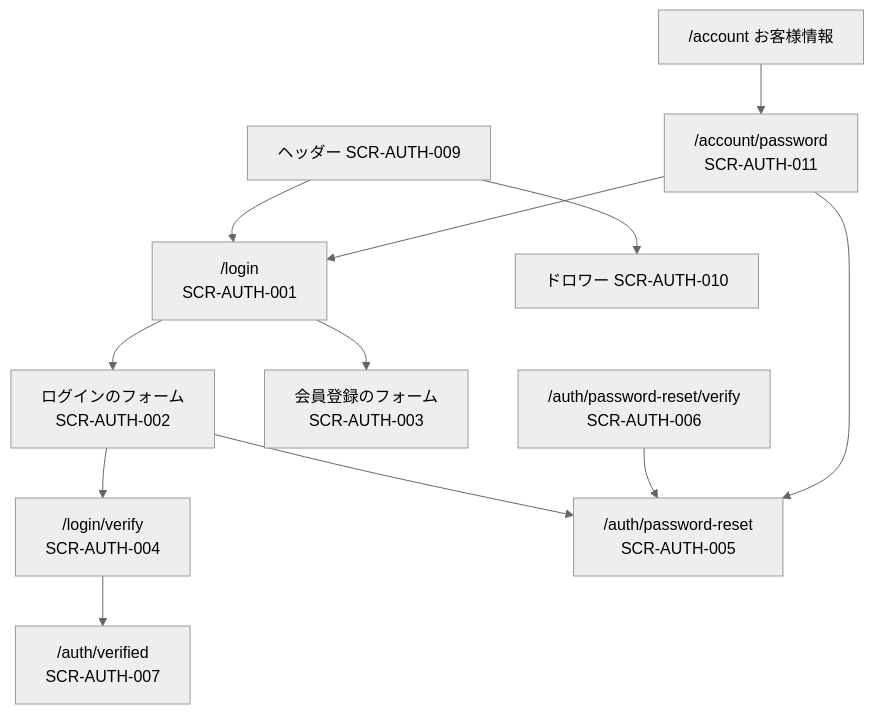
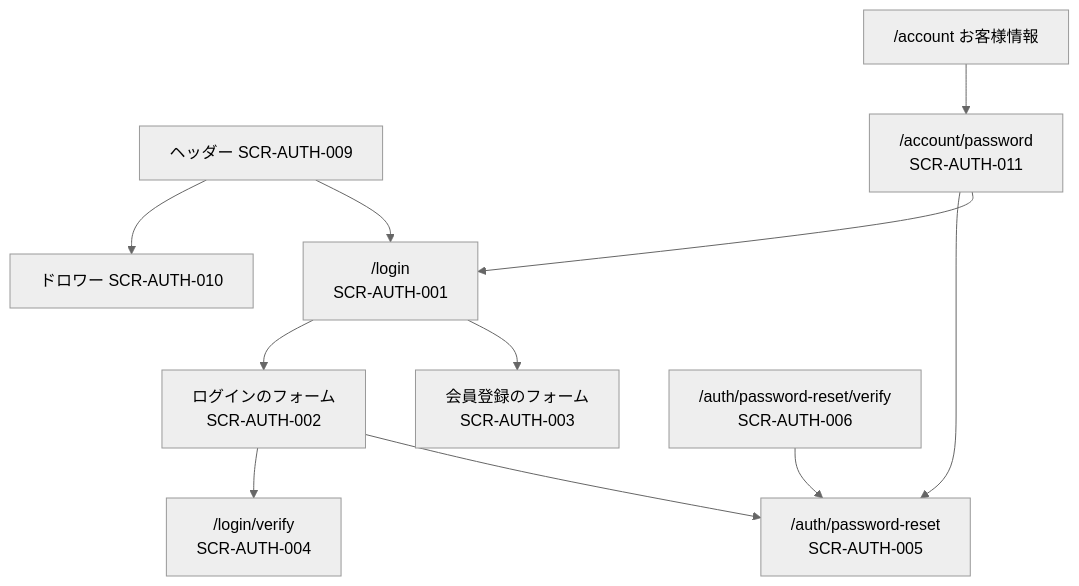
One commit to ChocoWork/o_official changed the eighth of 22 diagrams in docs/03_BasicDesign/areas/auth.md. Above: the diagram before and after it, drawn with Mermaid (neutral theme). The commit also changed other lines of this file and 107 other files, not shown here.

````diff
--- a/docs/03_BasicDesign/areas/auth.md
+++ b/docs/03_BasicDesign/areas/auth.md
@@ -351,14 +370,13 @@
 ```mermaid
 graph TD
   LG["/login<br/>SCR-AUTH-001"] --> LF["ログインのフォーム<br/>SCR-AUTH-002"]
   LG --> RF["会員登録のフォーム<br/>SCR-AUTH-003"]
   LF --> VF["/login/verify<br/>SCR-AUTH-004"]
   LF --> PR["/auth/password-reset<br/>SCR-AUTH-005"]
   PV["/auth/password-reset/verify<br/>SCR-AUTH-006"] --> PR
-  VF --> AV["/auth/verified<br/>SCR-AUTH-007"]
   HD["ヘッダー SCR-AUTH-009"] --> DR["ドロワー SCR-AUTH-010"]
   HD --> LG
   AC["/account お客様情報"] --> PW["/account/password<br/>SCR-AUTH-011"]
   PW --> PR
   PW --> LG
 ```
````
